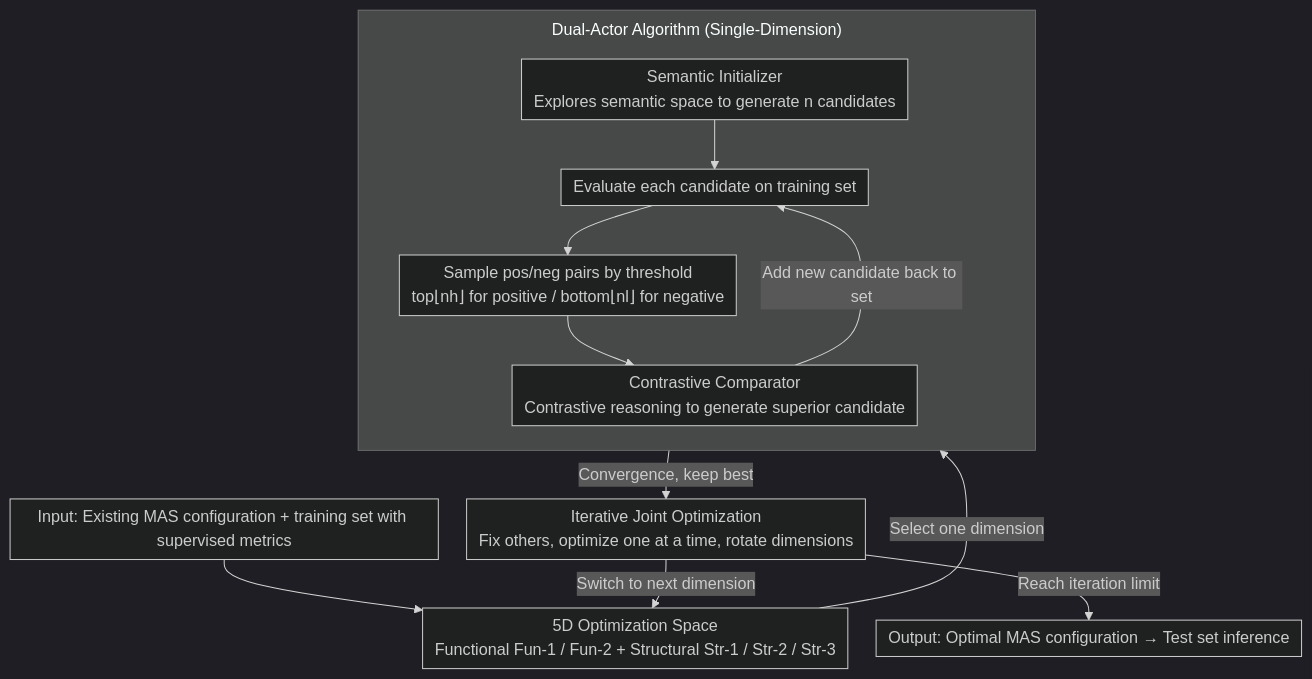
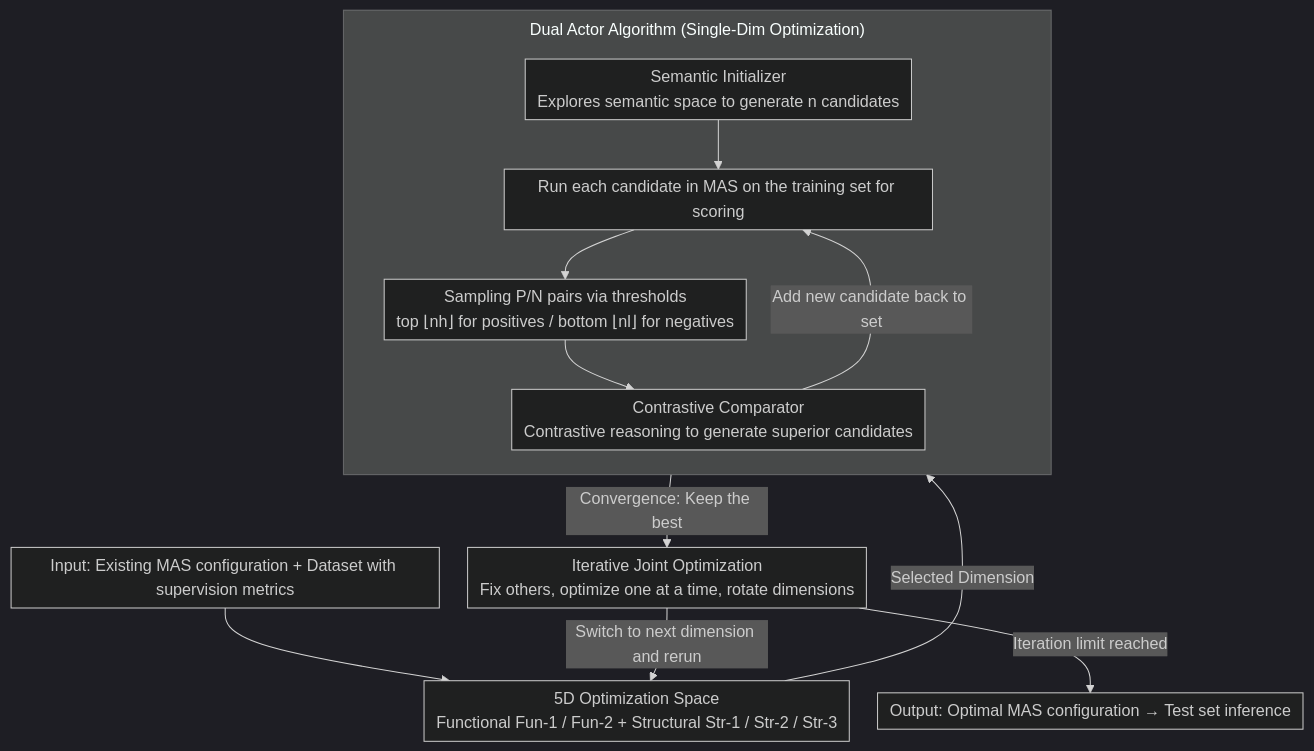
The diagram in docs/ICML2026/multi_agent/omac_a_holistic_optimization_framework_for_llm-based_multi-agent_collaboration.md (zhaoyang97/Paper-Notes-en), drawn with Mermaid (dark theme) before and after one commit. The commit also changed other lines of this file and 5084 other files, not shown here.

````diff
--- a/docs/ICML2026/multi_agent/omac_a_holistic_optimization_framework_for_llm-based_multi-agent_collaboration.md
+++ b/docs/ICML2026/multi_agent/omac_a_holistic_optimization_framework_for_llm-based_multi-agent_collaboration.md
@@ -42,20 +42,20 @@
 ```mermaid
 %%{init: {'flowchart': {'rankSpacing': 24, 'nodeSpacing': 28, 'padding': 6, 'wrappingWidth': 400, 'subGraphTitleMargin': {'top': 8, 'bottom': 16}}}}%%
 flowchart TD
-    IN["Input: Existing MAS configuration + training set with supervised metrics"]
+    IN["Input: Existing MAS configuration + Dataset with supervision metrics"]
     IN --> DIM["5D Optimization Space<br/>Functional Fun-1 / Fun-2 + Structural Str-1 / Str-2 / Str-3"]
-    DIM -->|Select one dimension| ACTOR
+    DIM -->|Selected Dimension| ACTOR
 
-    subgraph ACTOR["Dual-Actor Algorithm (Single-Dimension)"]
+    subgraph ACTOR["Dual Actor Algorithm (Single-Dim Optimization)"]
         direction TB
         SI["Semantic Initializer<br/>Explores semantic space to generate n candidates"]
-        SI --> EV["Evaluate each candidate on training set"]
-        EV --> SAMP["Sample pos/neg pairs by threshold<br/>top⌊nh⌋ for positive / bottom⌊nl⌋ for negative"]
-        SAMP --> CC["Contrastive Comparator<br/>Contrastive reasoning to generate superior candidate"]
+        SI --> EV["Run each candidate in MAS on the training set for scoring"]
+        EV --> SAMP["Sampling P/N pairs via thresholds<br/>top ⌊nh⌋ for positives / bottom ⌊nl⌋ for negatives"]
+        SAMP --> CC["Contrastive Comparator<br/>Contrastive reasoning to generate superior candidates"]
         CC -->|Add new candidate back to set| EV
     end
 
-    ACTOR -->|Convergence, keep best| JOINT["Iterative Joint Optimization<br/>Fix others, optimize one at a time, rotate dimensions"]
-    JOINT -->|Switch to next dimension| DIM
-    JOINT -->|Reach iteration limit| OUT["Output: Optimal MAS configuration → Test set inference"]
+    ACTOR -->|Convergence: Keep the best| JOINT["Iterative Joint Optimization<br/>Fix others, optimize one at a time, rotate dimensions"]
+    JOINT -->|Switch to next dimension and rerun| DIM
+    JOINT -->|Iteration limit reached| OUT["Output: Optimal MAS configuration → Test set inference"]
 ```
````
